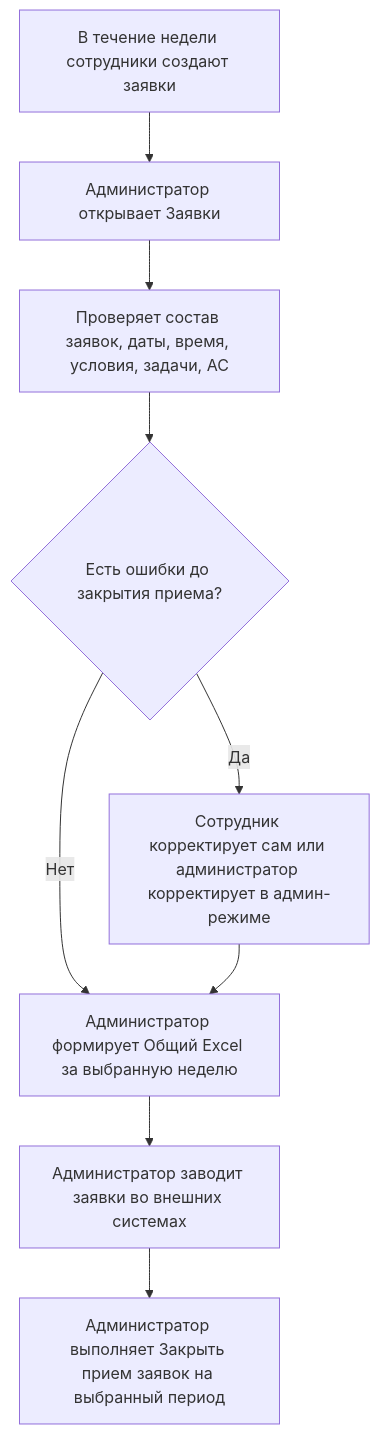
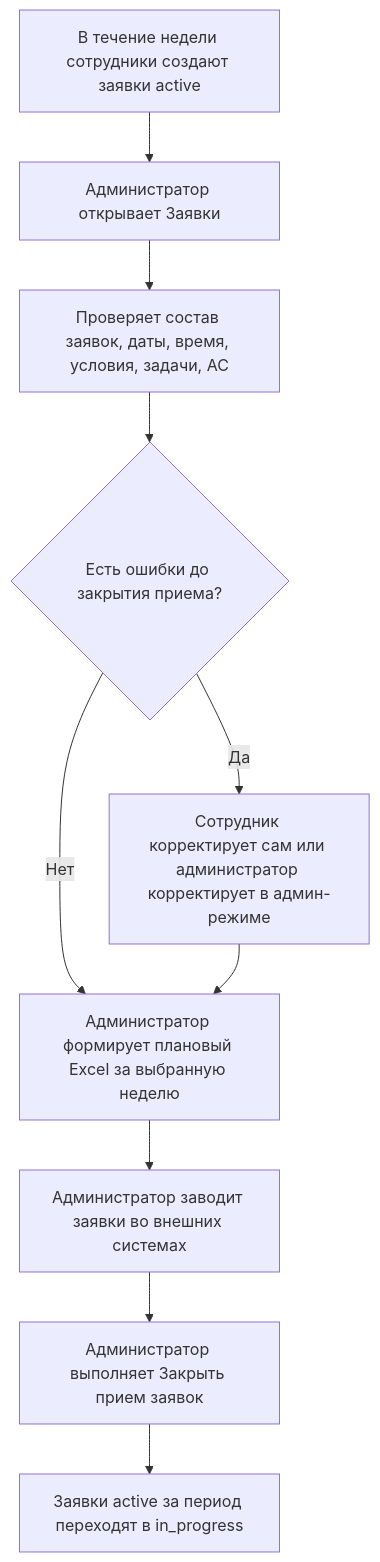
The eighth of 9 diagrams in docs/workflows/employee-admin-workflows.md (travinov/work-on-holiday-web-ui), drawn with Mermaid before and after one commit. The commit also changed other lines of this file and 5 other files, not shown here.

````diff
--- a/docs/workflows/employee-admin-workflows.md
+++ b/docs/workflows/employee-admin-workflows.md
@@ -176,11 +207,12 @@
 ```mermaid
 flowchart TD
-    A["В течение недели сотрудники создают заявки"] --> B["Администратор открывает Заявки"]
+    A["В течение недели сотрудники создают заявки active"] --> B["Администратор открывает Заявки"]
     B --> C["Проверяет состав заявок, даты, время, условия, задачи, АС"]
     C --> D{"Есть ошибки до закрытия приема?"}
     D -- "Да" --> E["Сотрудник корректирует сам или администратор корректирует в админ-режиме"]
-    D -- "Нет" --> F["Администратор формирует Общий Excel за выбранную неделю"]
+    D -- "Нет" --> F["Администратор формирует плановый Excel за выбранную неделю"]
     E --> F
     F --> G["Администратор заводит заявки во внешних системах"]
-    G --> H["Администратор выполняет Закрыть прием заявок на выбранный период"]
+    G --> H["Администратор выполняет Закрыть прием заявок"]
+    H --> I["Заявки active за период переходят в in_progress"]
 ```
````
